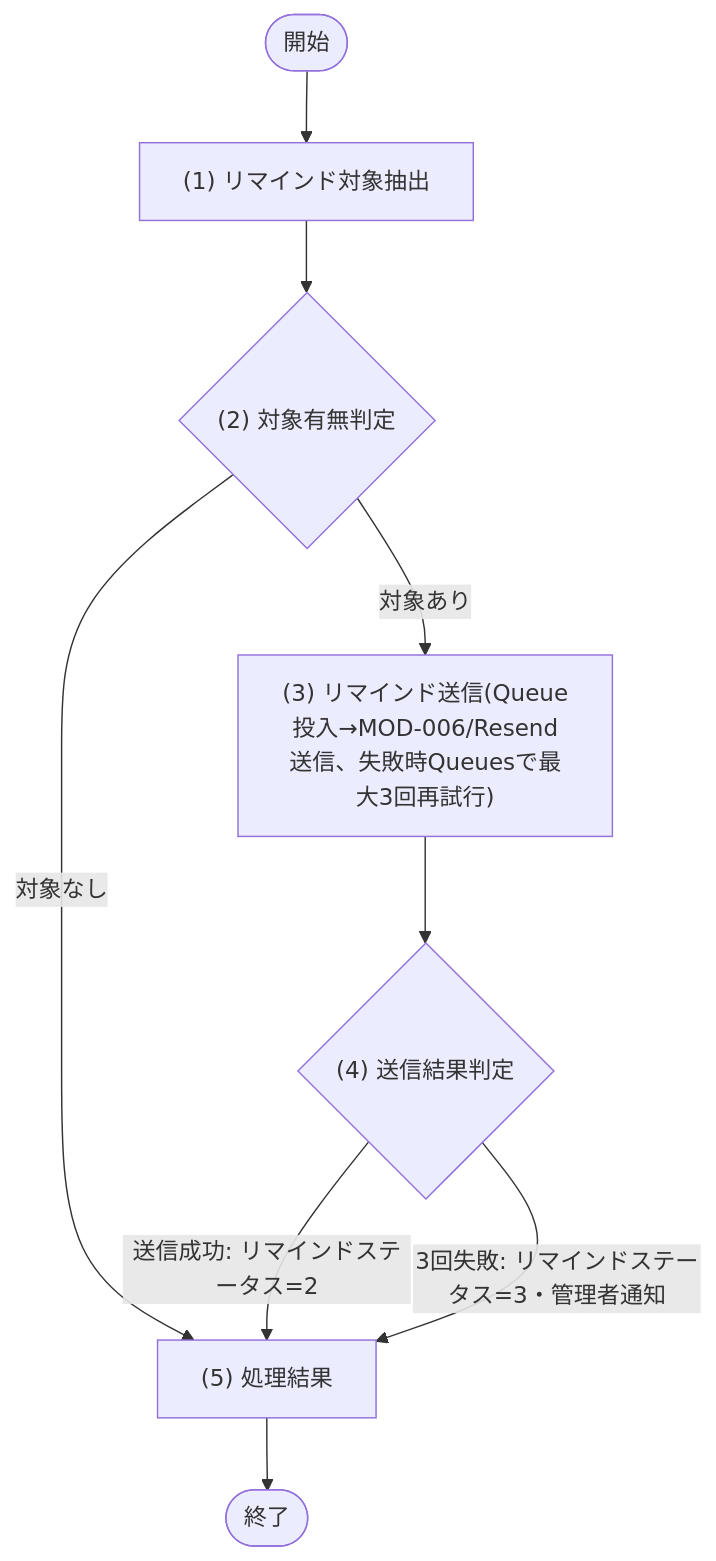
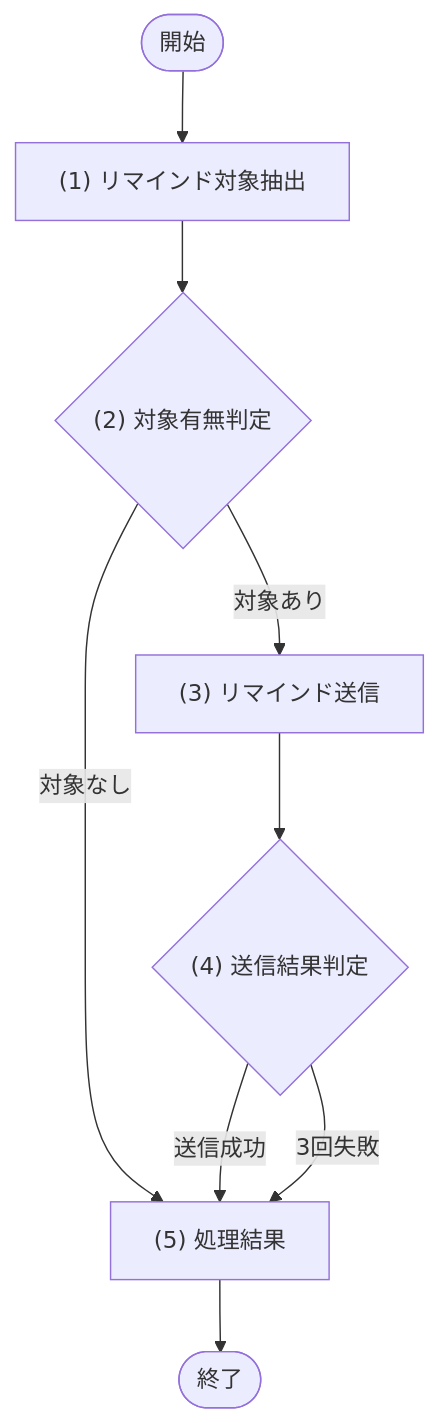
One commit to sikakou54/system-document-template changed the diagram in docs/02_機能設計/04_JOB設計/JOB-001_予約リマインド通知.md. Above: the diagram before and after it, drawn with Mermaid. The commit also changed 13 other files, not shown here.

Commit message:
docs: keep flowchart labels concise

````diff
--- a/docs/02_機能設計/04_JOB設計/JOB-001_予約リマインド通知.md
+++ b/docs/02_機能設計/04_JOB設計/JOB-001_予約リマインド通知.md
@@ -32,16 +32,16 @@
 ```mermaid
 flowchart TD
   Start([開始])
   P1["(1) リマインド対象抽出"]
   D1{"(2) 対象有無判定"}
-  P2["(3) リマインド送信(Queue投入→MOD-006/Resend送信、失敗時Queuesで最大3回再試行)"]
+  P2["(3) リマインド送信"]
   D2{"(4) 送信結果判定"}
   P3["(5) 処理結果"]
   End([終了])
 
   Start --> P1 --> D1
   D1 -- "対象なし" --> P3 --> End
   D1 -- "対象あり" --> P2 --> D2
-  D2 -- "送信成功: リマインドステータス=2" --> P3
-  D2 -- "3回失敗: リマインドステータス=3・管理者通知" --> P3
+  D2 -- "送信成功" --> P3
+  D2 -- "3回失敗" --> P3
 ```
````
